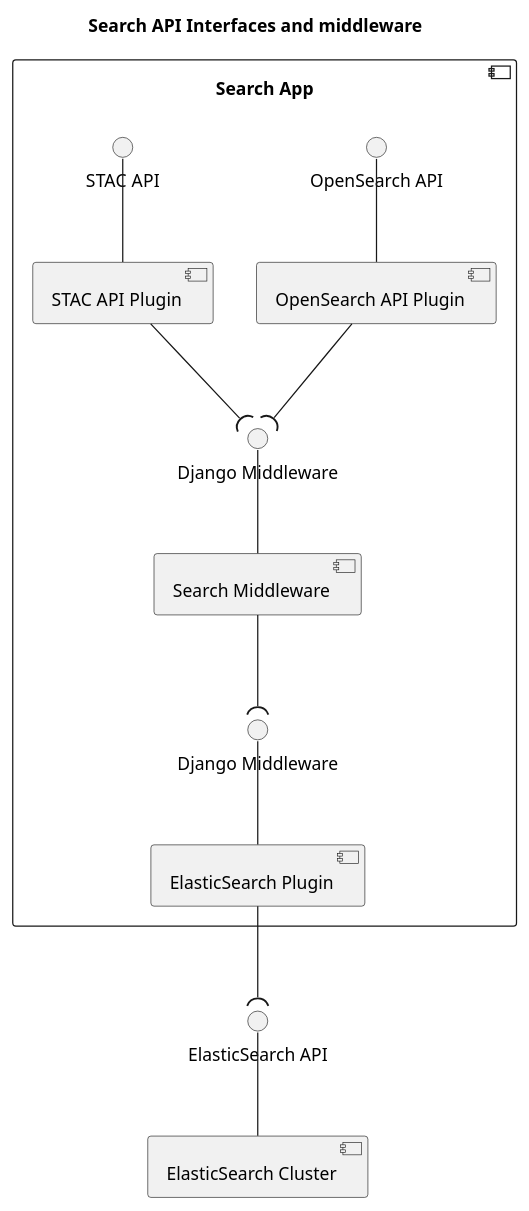
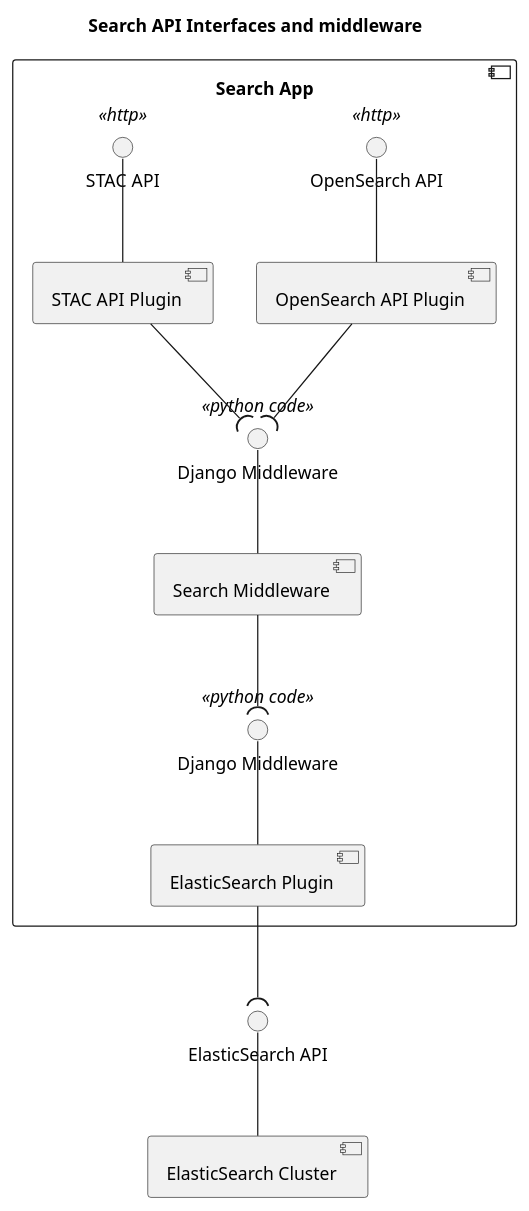
The diagram in uml/search.wsd (cedadev/search-futures), drawn with PlantUML before and after one commit.

Commit message:
Added stereotypes for interfaces and optional grey colour scheme

```diff
--- a/uml/search.wsd
+++ b/uml/search.wsd
@@ -1,33 +1,47 @@
 @startuml
 title Search API Interfaces and middleware
+
+' Apply grey colour scheme
+' skinparam Component {
+'     BackgroundColor LightGray
+'     BorderColor Gray
+' }
+' skinparam Interface {
+'     BackgroundColor LightGray
+'     BorderColor Gray
+' }
+
+' skinparam Arrow {
+'     Color Gray
+' }
 
 component "ElasticSearch Cluster" as cpElasticSearchCluster
 interface "ElasticSearch API" as ifElasticSearchAPI
 cpElasticSearchCluster -up-() ifElasticSearchAPI
 
 component cpSearchApp as "Search App" {
     component "STAC API Plugin" as cpStacApiPlugin
-    interface "STAC API" as ifStacAPI
+    interface "STAC API" as ifStacAPI <<http>>
     cpStacApiPlugin -up-() ifStacAPI
 
     component "OpenSearch API Plugin" as cpOpenSearchApiPlugin
-    interface "OpenSearch API" as ifOpenSearchAPI
+    interface "OpenSearch API" as ifOpenSearchAPI <<http>>
     cpOpenSearchApiPlugin -up-() ifOpenSearchAPI
 
     component "Search Middleware" as cpSearchMiddleware
-    interface "Django Middleware" as ifSearchMiddleware
+    interface "Django Middleware" as ifSearchMiddleware <<python code>>
     cpSearchMiddleware -up-() ifSearchMiddleware
     
     component "ElasticSearch Plugin" as cpElasticSearchPlugin
-    interface "Django Middleware" as ifSearchIndex
+    interface "Django Middleware" as ifSearchIndex <<python code>>
     cpElasticSearchPlugin -up-() ifSearchIndex
 
 
     cpStacApiPlugin -down-( ifSearchMiddleware
     cpOpenSearchApiPlugin -down-( ifSearchMiddleware
     cpSearchMiddleware -down-( ifSearchIndex
     cpElasticSearchPlugin -down-( ifElasticSearchAPI
 }
 
 
 @enduml
```
